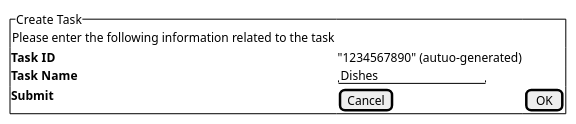
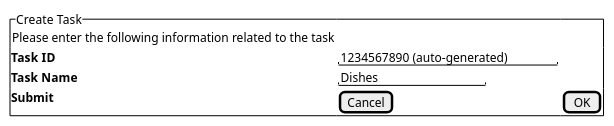
Before and after one commit to hamtana/FlatApp: the diagram in Diagrams/UseCaseDiagrams/LofiCreateTask.puml, drawn with PlantUML. The commit also changed 2 other files, not shown here.

Commit message:
fixed spelling error on lofiCreateTask

```diff
--- a/Diagrams/UseCaseDiagrams/LofiCreateTask.puml
+++ b/Diagrams/UseCaseDiagrams/LofiCreateTask.puml
@@ -1,12 +1,12 @@
-@startsalt LoFiCustomerRegistration
+@startsalt LofiCreateTask
 
 
 {^"Create Task" 
     {Please enter the following information related to the task}
-    **Task ID** | "1234567890" (autuo-generated)
+    **Task ID** | "1234567890 (auto-generated)"
     **Task Name**|  "Dishes            " 
     **Submit ** | [Cancel]|[ OK ]
 
 }
 
 @endsalt
```
